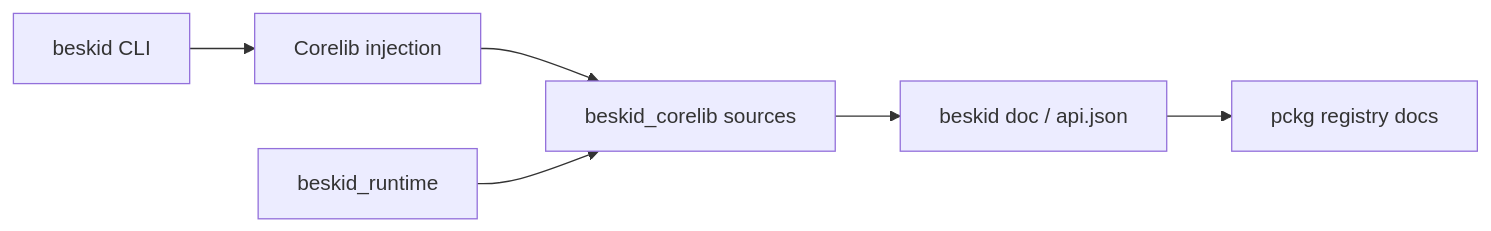
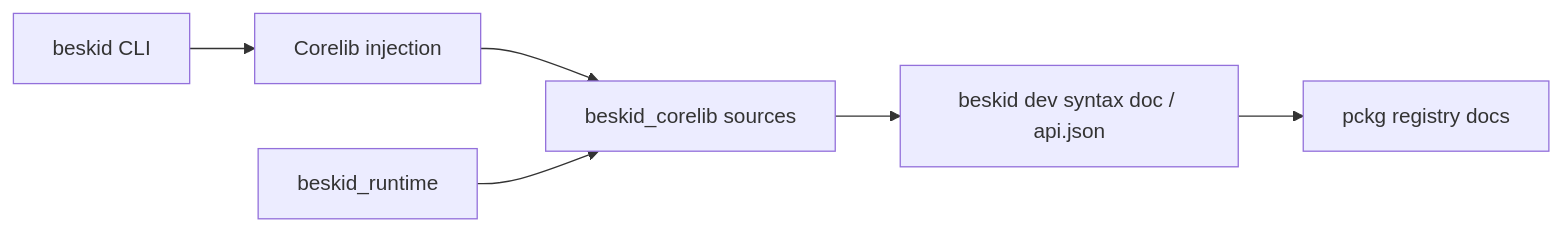
Before and after one commit to Cyber-Nomad-Collective/beskid: the diagram in site/website/src/content/docs/book/16-corelib-batteries-with-opinions/index.mdx, drawn with Mermaid. The commit also changed other lines of this file and 1455 other files, not shown here.

````diff
--- a/site/website/src/content/docs/book/16-corelib-batteries-with-opinions/index.mdx
+++ b/site/website/src/content/docs/book/16-corelib-batteries-with-opinions/index.mdx
@@ -28,8 +28,8 @@
 ```mermaid
 flowchart LR
   CLI[beskid CLI] --> inj[Corelib injection]
   inj --> src[beskid_corelib sources]
-  src --> doc[beskid doc / api.json]
+  src --> doc[beskid dev syntax doc / api.json]
   doc --> pckg[pckg registry docs]
   runtime[beskid_runtime] --> src
 ```
````
